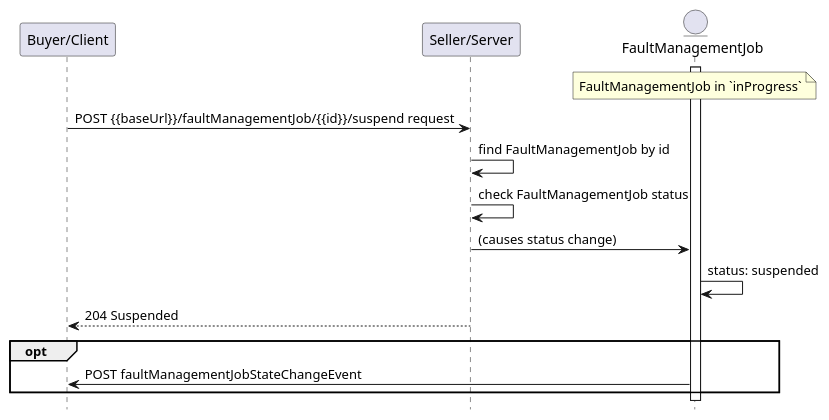
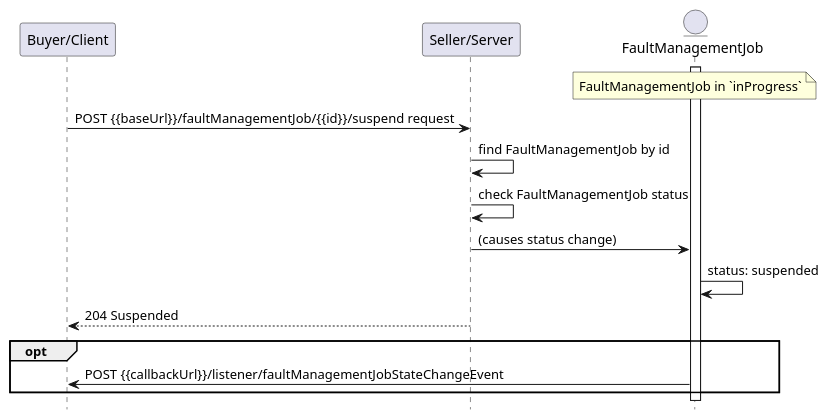
Before and after one commit to MEF-GIT/MEF-LSO-Interlude-SDK: the diagram in documentation/serviceApi/fm/media/src/useCase10.puml, drawn with PlantUML. The commit also changed 446 other files, not shown here.

```diff
--- a/documentation/serviceApi/fm/media/src/useCase10.puml
+++ b/documentation/serviceApi/fm/media/src/useCase10.puml
@@ -1,26 +1,26 @@
 @startuml useCase10
 
 hide footbox
 
 participant "Buyer/Client" as B
 participant "Seller/Server" as S
 
 entity "FaultManagementJob" as FJ
 activate FJ
 
 note over FJ: FaultManagementJob in `inProgress`
 
 B -> S : POST {{baseUrl}}/faultManagementJob/{{id}}/suspend request
 
 S -> S : find FaultManagementJob by id
 S -> S : check FaultManagementJob status
 S -> FJ : (causes status change)
 FJ -> FJ: status: suspended 
 
 B <-- S : 204 Suspended
 
 opt
-    FJ -> B: POST faultManagementJobStateChangeEvent
+    FJ -> B: POST {{callbackUrl}}/listener/faultManagementJobStateChangeEvent
 end
 
 @enduml
```
